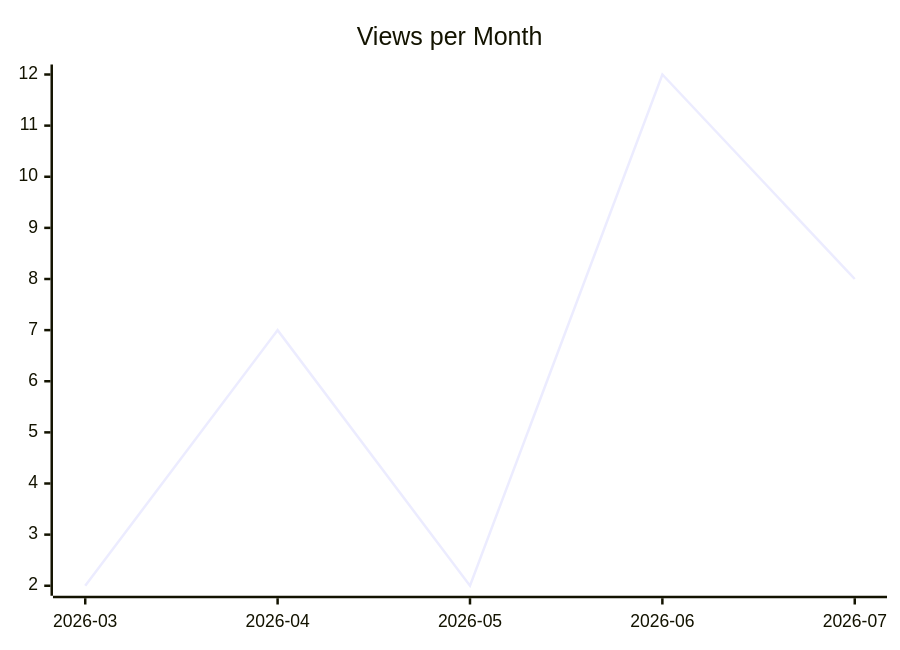
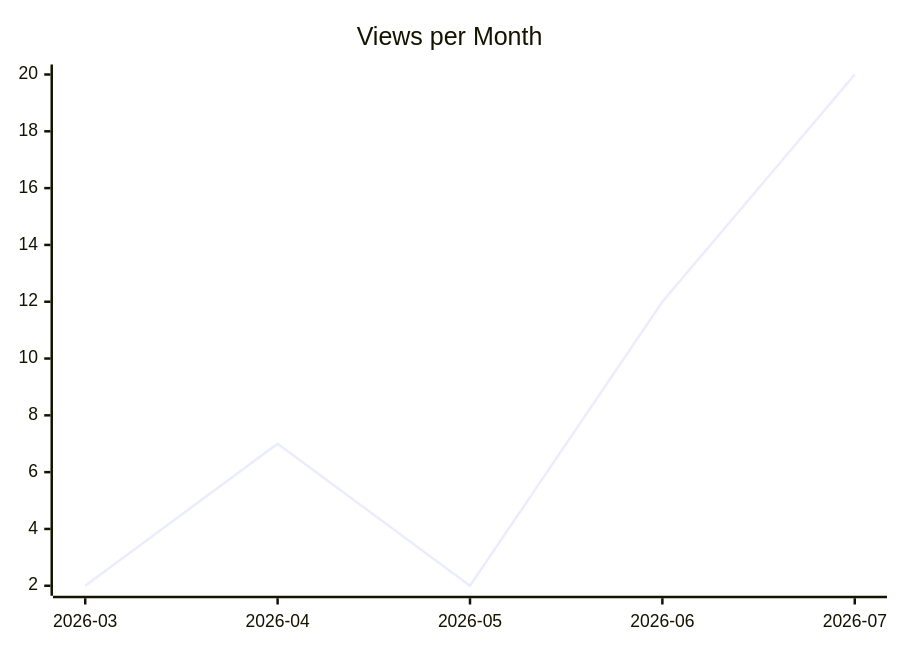
One commit to justdavis-family/github-analytics-data changed the second of 3 diagrams in karlmdavis/fhir-benchmarks/README.md. Above: the diagram before and after it, drawn with Mermaid. The commit also changed other lines of this file and 184 other files, not shown here.

````diff
--- a/karlmdavis/fhir-benchmarks/README.md
+++ b/karlmdavis/fhir-benchmarks/README.md
@@ -12,6 +12,6 @@
 ```mermaid
 xychart-beta
   title "Views per Month"
   x-axis ["2026-03", "2026-04", "2026-05", "2026-06", "2026-07"]
-  line [2, 7, 2, 12, 8]
+  line [2, 7, 2, 12, 20]
 ```
````
